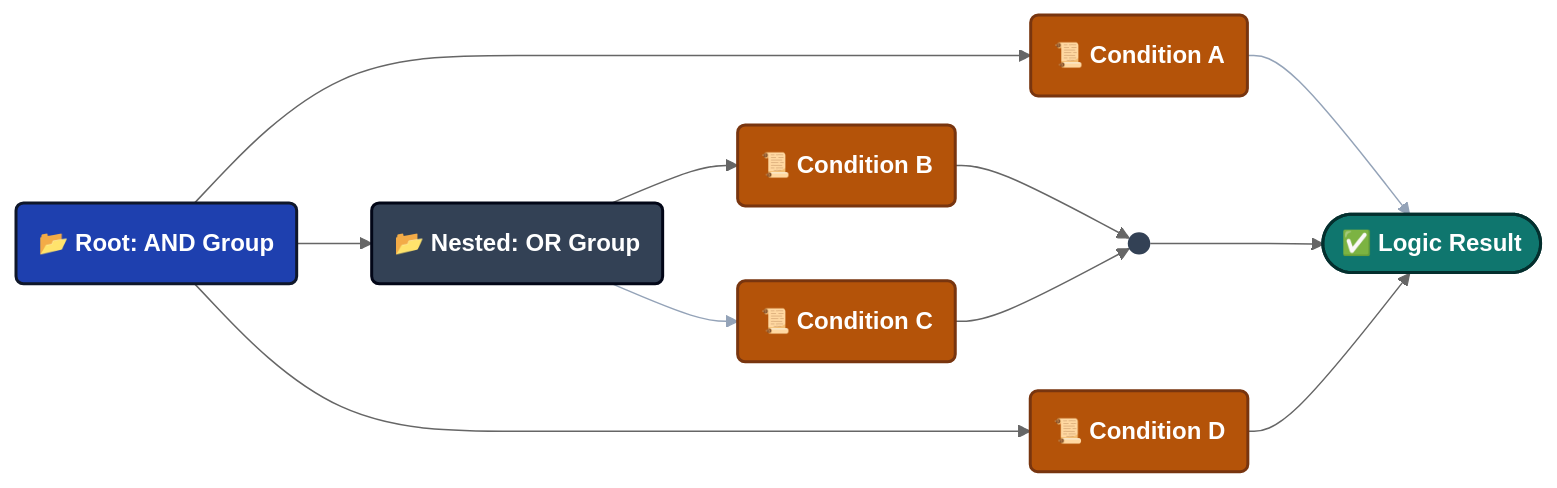
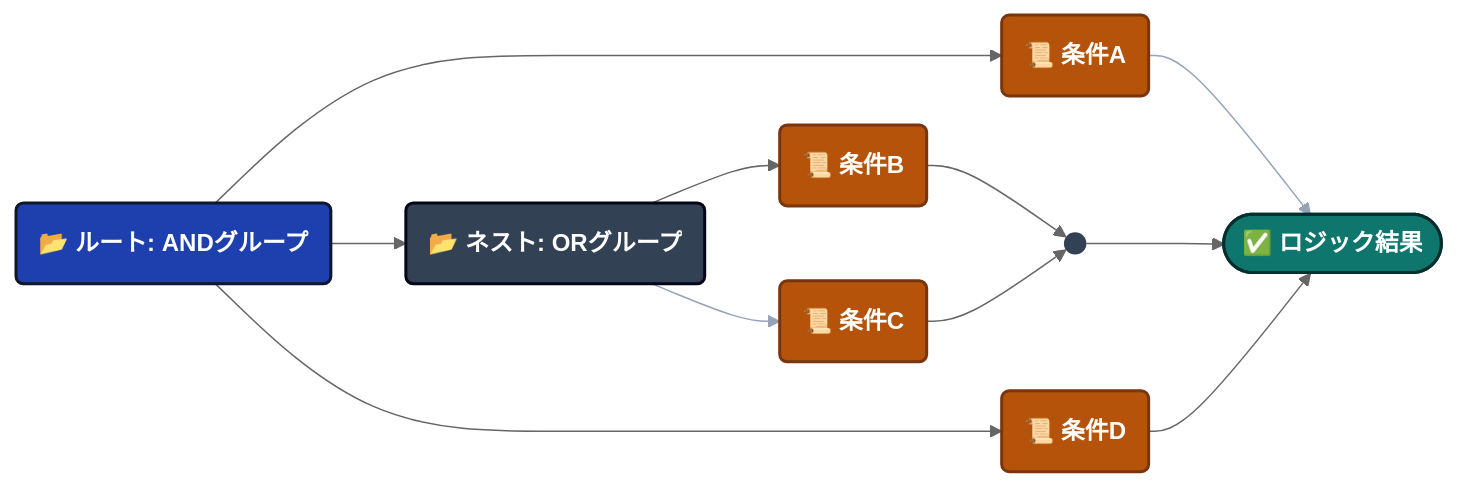
Before and after one commit to tinygiants-tech/TinyGiants: the third of 5 diagrams in i18n/ja/docusaurus-plugin-content-docs/current/game-event-system/visual-workflow/visual-condition-tree.md, drawn with Mermaid (neutral theme). The commit also changed other lines of this file and 81 other files, not shown here.

````diff
--- a/i18n/ja/docusaurus-plugin-content-docs/current/game-event-system/visual-workflow/visual-condition-tree.md
+++ b/i18n/ja/docusaurus-plugin-content-docs/current/game-event-system/visual-workflow/visual-condition-tree.md
@@ -172,26 +167,26 @@
 ```mermaid
 graph LR
 
     classDef root fill:#1e40af,stroke:#0f172a,stroke-width:2px,color:#ffffff,font-weight:bold
     classDef cond fill:#b45309,stroke:#78350f,stroke-width:2px,color:#ffffff
     classDef nested fill:#334155,stroke:#020617,stroke-width:2px,color:#ffffff
     classDef success fill:#0f766e,stroke:#042f2e,stroke-width:2px,color:#ffffff,font-weight:bold
 
-    ROOT(📂 Root: AND Group):::root
+    ROOT(📂 ルート: ANDグループ):::root
 
-    ROOT --> A(📜 Condition A):::cond
-    ROOT --> OR(📂 Nested: OR Group):::nested
-    ROOT --> D(📜 Condition D):::cond
+    ROOT --> A(📜 条件A):::cond
+    ROOT --> OR(📂 ネスト: ORグループ):::nested
+    ROOT --> D(📜 条件D):::cond
 
-    OR --> B(📜 Condition B):::cond
-    OR --> C(📜 Condition C):::cond
+    OR --> B(📜 条件B):::cond
+    OR --> C(📜 条件C):::cond
 
-    A --> RES([✅ Logic Result]):::success
+    A --> RES([✅ ロジック結果]):::success
     B --> OR_OUT(( ))
     C --> OR_OUT
     OR_OUT --> RES
     D --> RES
 
     style OR_OUT fill:#334155,stroke:none
     linkStyle 4,5 stroke:#94a3b8,stroke-width:1px
 ```
````
